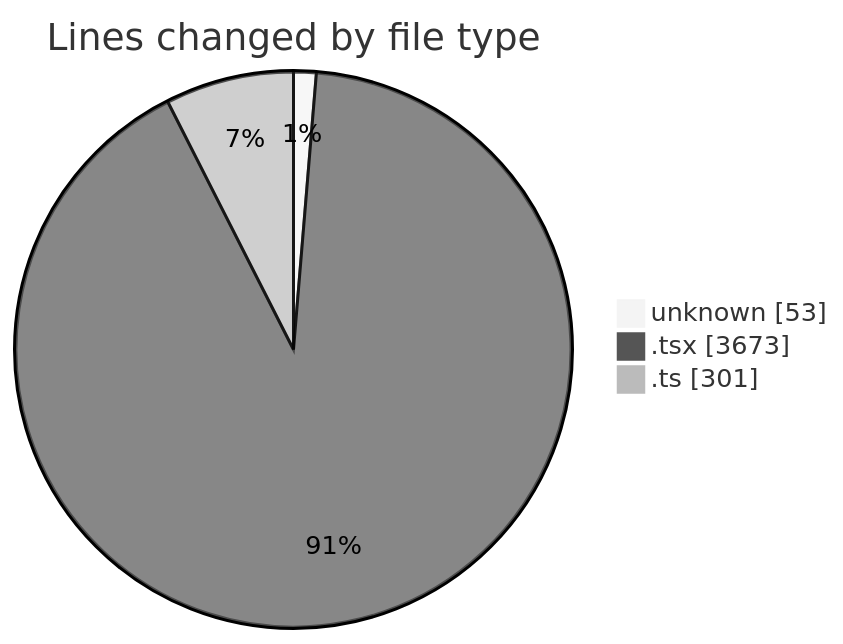
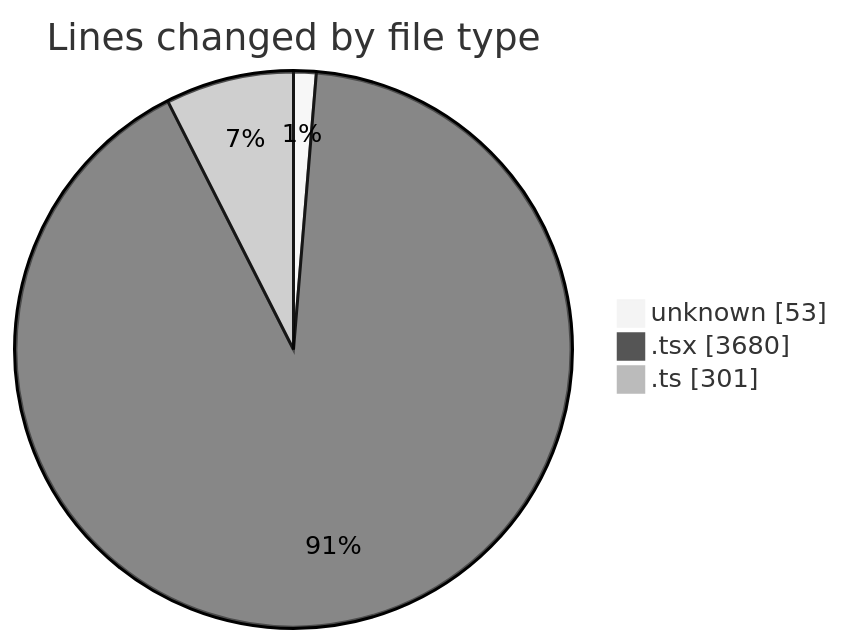
Before and after one commit to momahboobian/code-tracking: the first of 2 diagrams in 2026-01-28/cda/README.md, drawn with Mermaid (neutral theme). The commit also changed other lines of this file and 1 other file, not shown here.

````diff
--- a/2026-01-28/cda/README.md
+++ b/2026-01-28/cda/README.md
@@ -23,7 +23,7 @@
 ```mermaid
 pie showData
 title Lines changed by file type
 "unknown" : 53
-".tsx" : 3673
+".tsx" : 3680
 ".ts" : 301
 ```
````
